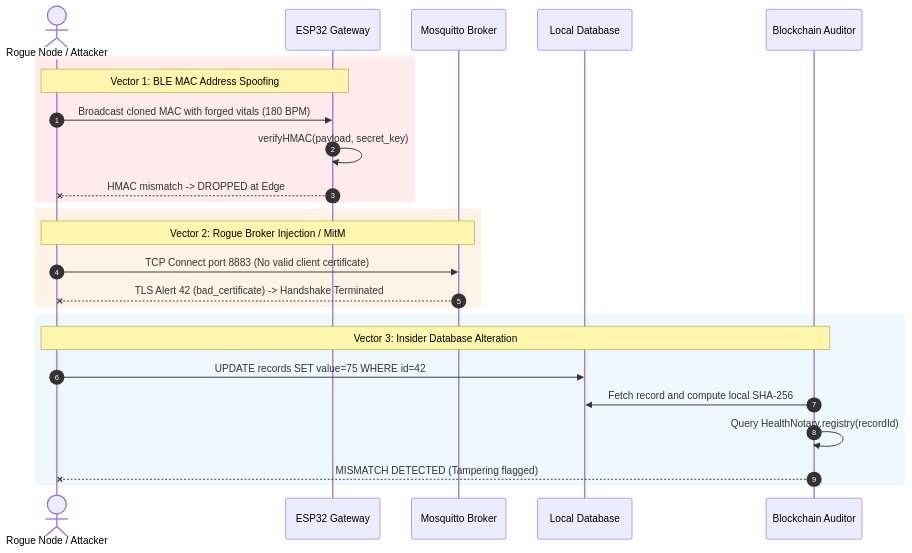
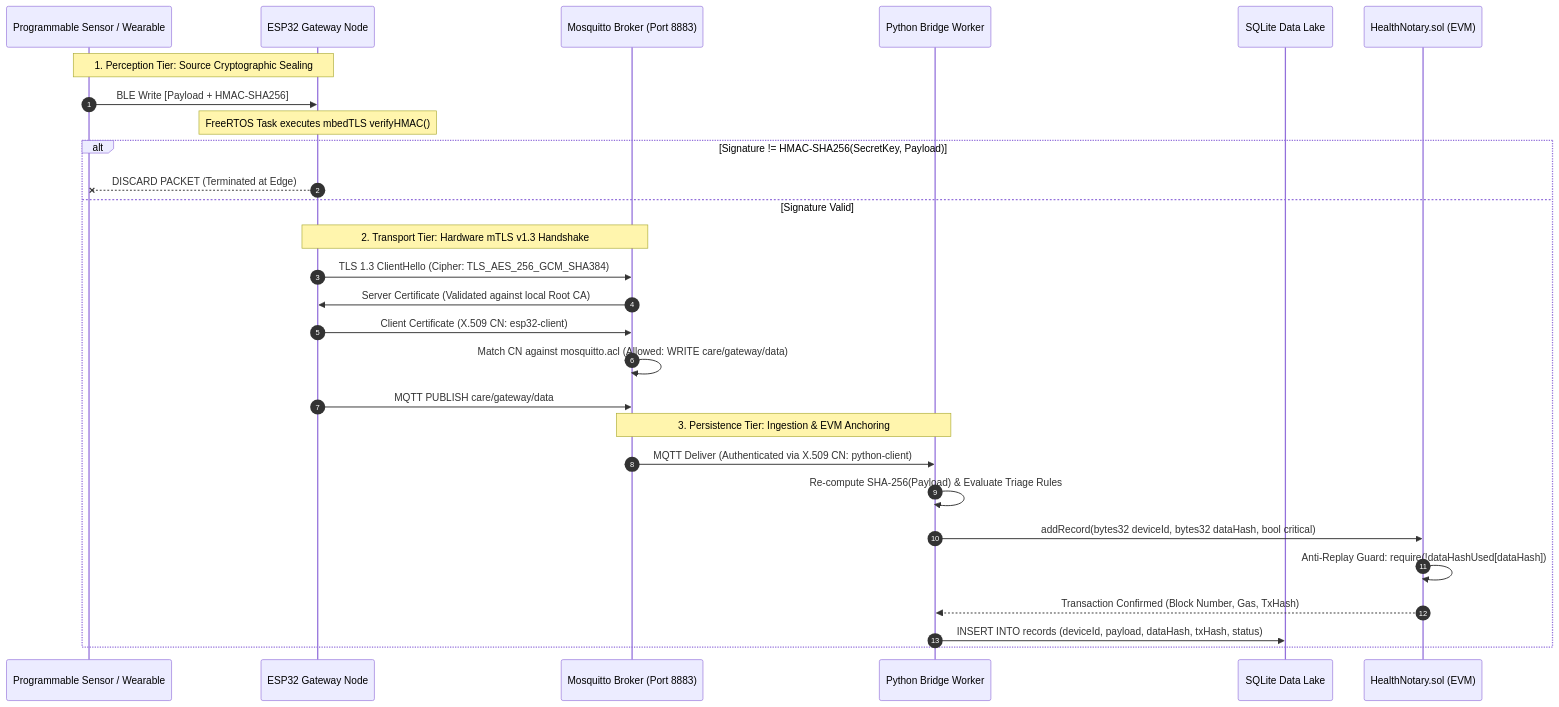
One commit to kappino/IOT_SEC_CARE_Gateway changed the fourth of 4 diagrams in README.md. Above: the diagram before and after it, drawn with Mermaid. The commit also changed other lines of this file and 1 other file, not shown here.

Commit message:
docs: integrate C.A.R.E. presentation data, empirical attack logs, misuse case model and add presentation PDF

````diff
--- a/README.md
+++ b/README.md
@@ -85,30 +175,32 @@
 ```mermaid
 sequenceDiagram
     autonumber
-    actor Attacker as Rogue Node / Attacker
-    participant BLE_GW as ESP32 Gateway
-    participant Broker as Mosquitto Broker
-    participant DB as Local Database
-    participant Audit as Blockchain Auditor
+    participant Sensor as Programmable Sensor / Wearable
+    participant Gateway as ESP32 Gateway Node
+    participant Broker as Mosquitto Broker (Port 8883)
+    participant Bridge as Python Bridge Worker
+    participant DB as SQLite Data Lake
+    participant EVM as HealthNotary.sol (EVM)
 
-    rect rgb(255, 235, 235)
-    Note over Attacker,BLE_GW: Vector 1: BLE MAC Address Spoofing
-    Attacker->>BLE_GW: Broadcast cloned MAC with forged vitals (180 BPM)
-    BLE_GW->>BLE_GW: verifyHMAC(payload, secret_key)
-    BLE_GW--xAttacker: HMAC mismatch -> DROPPED at Edge
-    end
+    Note over Sensor,Gateway: 1. Perception Tier: Source Cryptographic Sealing
+    Sensor->>Gateway: BLE Write [Payload + HMAC-SHA256]
+    Note over Gateway: FreeRTOS Task executes mbedTLS verifyHMAC()
+    alt Signature != HMAC-SHA256(SecretKey, Payload)
+        Gateway--xSensor: DISCARD PACKET (Terminated at Edge)
+    else Signature Valid
+        Note over Gateway,Broker: 2. Transport Tier: Hardware mTLS v1.3 Handshake
+        Gateway->>Broker: TLS 1.3 ClientHello (Cipher: TLS_AES_256_GCM_SHA384)
+        Broker->>Gateway: Server Certificate (Validated against local Root CA)
+        Gateway->>Broker: Client Certificate (X.509 CN: esp32-client)
+        Broker->>Broker: Match CN against mosquitto.acl (Allowed: WRITE care/gateway/data)
+        Gateway->>Broker: MQTT PUBLISH care/gateway/data
 
-    rect rgb(255, 243, 230)
-    Note over Attacker,Broker: Vector 2: Rogue Broker Injection / MitM
-    Attacker->>Broker: TCP Connect port 8883 (No valid client certificate)
-    Broker--xAttacker: TLS Alert 42 (bad_certificate) -> Handshake Terminated
-    end
-
-    rect rgb(240, 248, 255)
-    Note over Attacker,Audit: Vector 3: Insider Database Alteration
-    Attacker->>DB: UPDATE records SET value=75 WHERE id=42
-    Audit->>DB: Fetch record and compute local SHA-256
-    Audit->>Audit: Query HealthNotary.registry(recordId)
-    Audit--xAttacker: MISMATCH DETECTED (Tampering flagged)
+        Note over Broker,Bridge: 3. Persistence Tier: Ingestion & EVM Anchoring
+        Broker->>Bridge: MQTT Deliver (Authenticated via X.509 CN: python-client)
+        Bridge->>Bridge: Re-compute SHA-256(Payload) & Evaluate Triage Rules
+        Bridge->>EVM: addRecord(bytes32 deviceId, bytes32 dataHash, bool critical)
+        EVM->>EVM: Anti-Replay Guard: require(!dataHashUsed[dataHash])
+        EVM-->>Bridge: Transaction Confirmed (Block Number, Gas, TxHash)
+        Bridge->>DB: INSERT INTO records (deviceId, payload, dataHash, txHash, status)
     end
 ```
````
